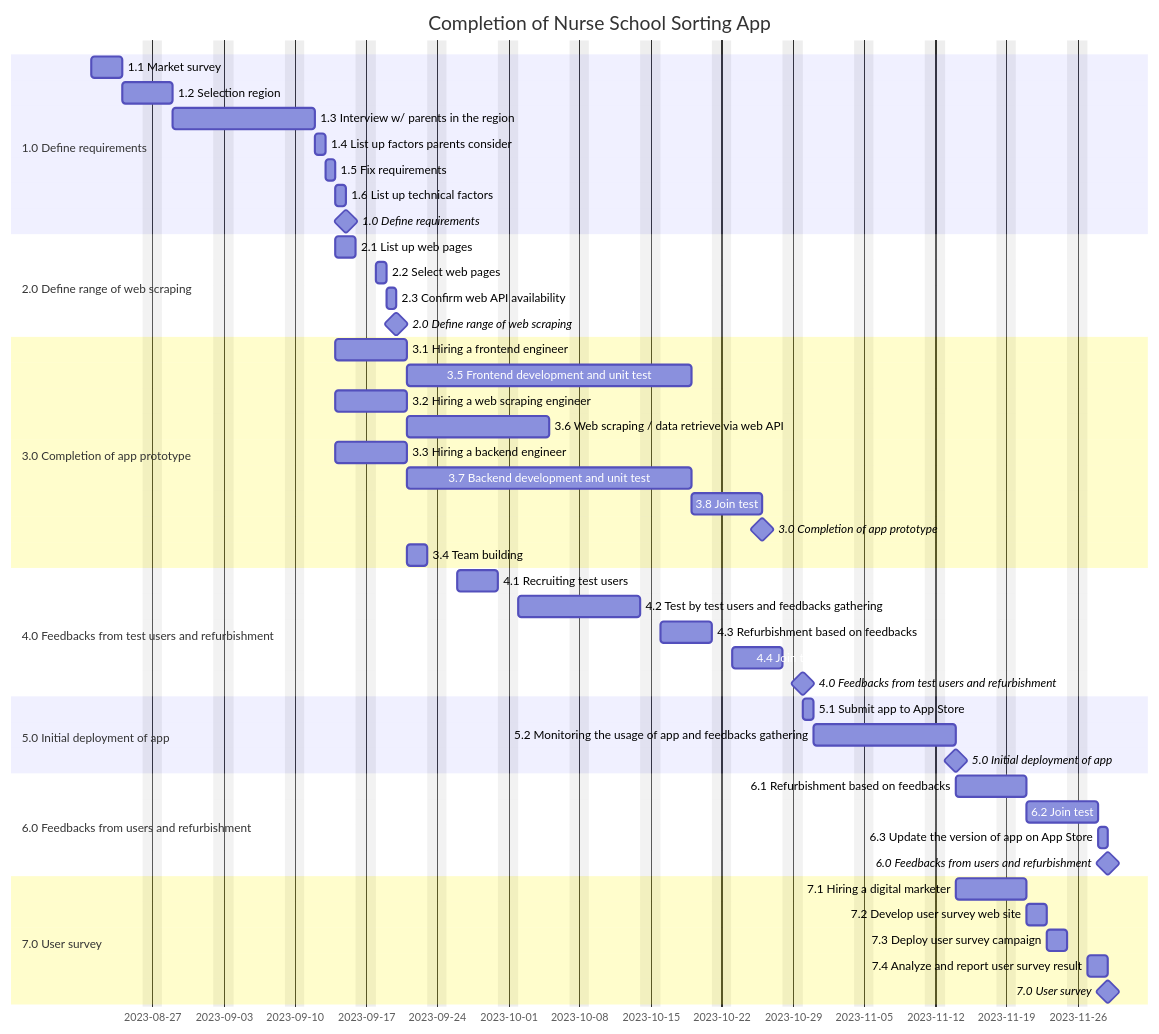
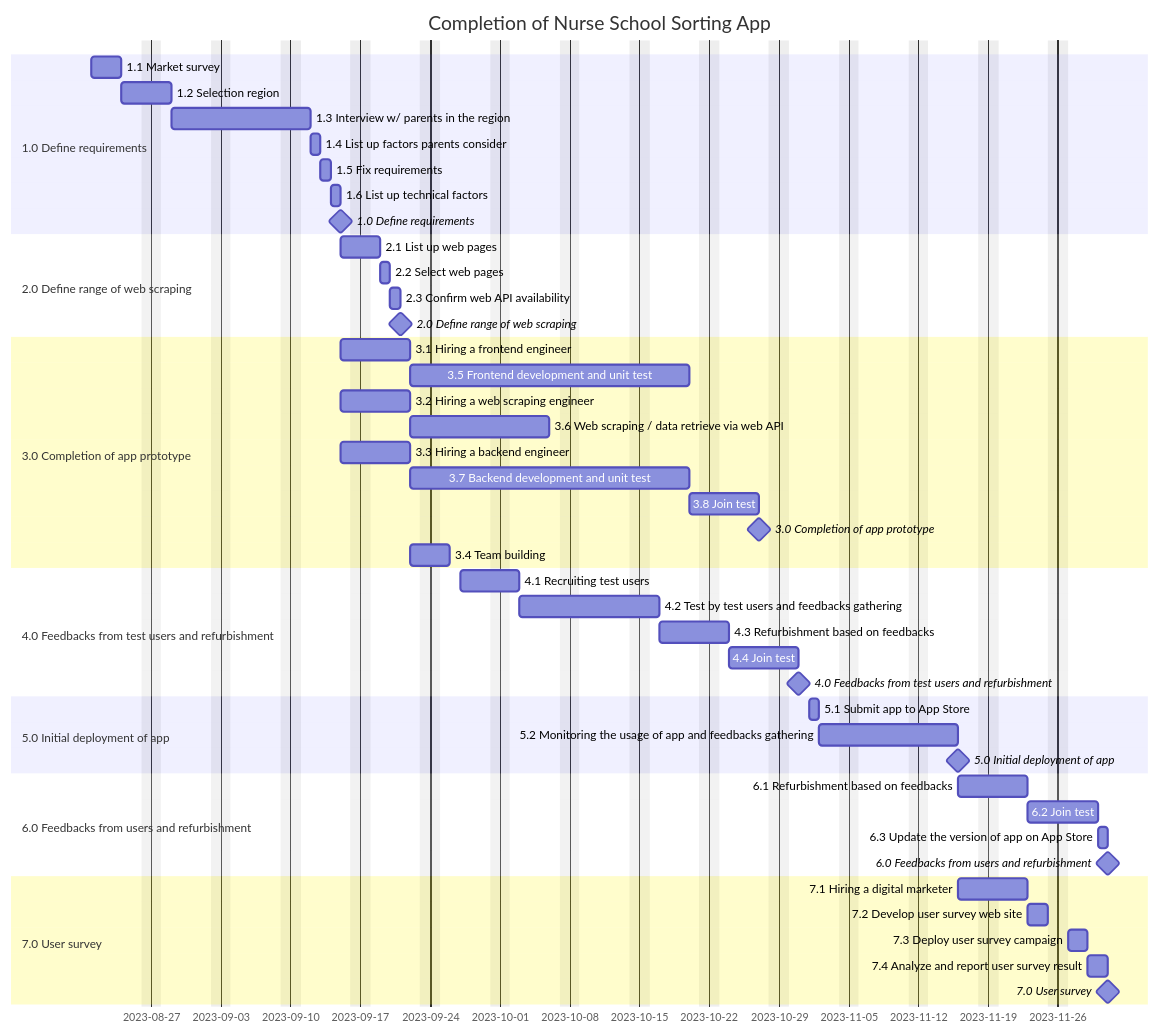
The third of 4 diagrams in README.md (riow1983/Coursera-PMP), drawn with Mermaid before and after one commit. The commit also changed other lines of this file, not shown here.

````diff
--- a/README.md
+++ b/README.md
@@ -269,57 +167,57 @@
 ```mermaid
 gantt
   dateFormat  YYYY-MM-DD
   title       Completion of Nurse School Sorting App
   excludes    weekends
 
   section 1.0 Define requirements
   1.1 Market survey        :2023-08-21, 3d
   1.2 Selection region :3d
   1.3 Interview w/ parents in the region  :10d
   1.4 List up factors parents consider: 1d
   1.5 Fix requirements: 1d
   1.6 List up technical factors: 0.5d
   1.0 Define requirements     :milestone, 0d
 
   section 2.0 Define range of web scraping
-  2.1 List up web pages      :2023-09-14, 2d
+  2.1 List up web pages      :2023-09-15, 2d
   2.2 Select web pages      :1d
   2.3 Confirm web API availability     :1d
   2.0 Define range of web scraping: milestone, 0d
 
   section 3.0 Completion of app prototype
-  3.1 Hiring a frontend engineer: 2023-09-14, 5d
+  3.1 Hiring a frontend engineer: 2023-09-15, 5d
   3.5 Frontend development and unit test: 20d
-  3.2 Hiring a web scraping engineer: 2023-09-14, 5d
+  3.2 Hiring a web scraping engineer: 2023-09-15, 5d
   3.6 Web scraping / data retrieve via web API: 10d
-  3.3 Hiring a backend engineer: a, 2023-09-14, 5d
+  3.3 Hiring a backend engineer: a, 2023-09-15, 5d
   3.7 Backend development and unit test: 20d
   3.8 Join test: 5d
   3.0 Completion of app prototype: milestone, 0d
   3.4 Team building: after a, 2d
   
   section 4.0 Feedbacks from test users and refurbishment
-  4.1 Recruiting test users: 2023-09-26, 4d
+  4.1 Recruiting test users: 2023-09-27, 4d
   4.2 Test by test users and feedbacks gathering: 10d
   4.3 Refurbishment based on feedbacks: 5d
   4.4 Join test: 5d
   4.0 Feedbacks from test users and refurbishment: milestone, 0d
   
   section 5.0 Initial deployment of app
-  5.1 Submit app to App Store: 2023-10-30, 0.5d
+  5.1 Submit app to App Store: 2023-11-01, 0.5d
   5.2 Monitoring the usage of app and feedbacks gathering: 10d
   5.0 Initial deployment of app: milestone, 0d
 
   section 6.0 Feedbacks from users and refurbishment
-  6.1 Refurbishment based on feedbacks: 2023-11-14, 5d
+  6.1 Refurbishment based on feedbacks: 2023-11-16, 5d
   6.2 Join test: 5d
   6.3 Update the version of app on App Store: 0.5d
   6.0 Feedbacks from users and refurbishment: milestone, 0d
 
   section 7.0 User survey
-  7.1 Hiring a digital marketer: 2023-11-14, 5d
+  7.1 Hiring a digital marketer: 2023-11-16, 5d
   7.2 Develop user survey web site: 2d
   7.3 Deploy user survey campaign: 2d
   7.4 Analyze and report user survey result: 2d
   7.0 User survey: milestone, 0d
 ```
````
